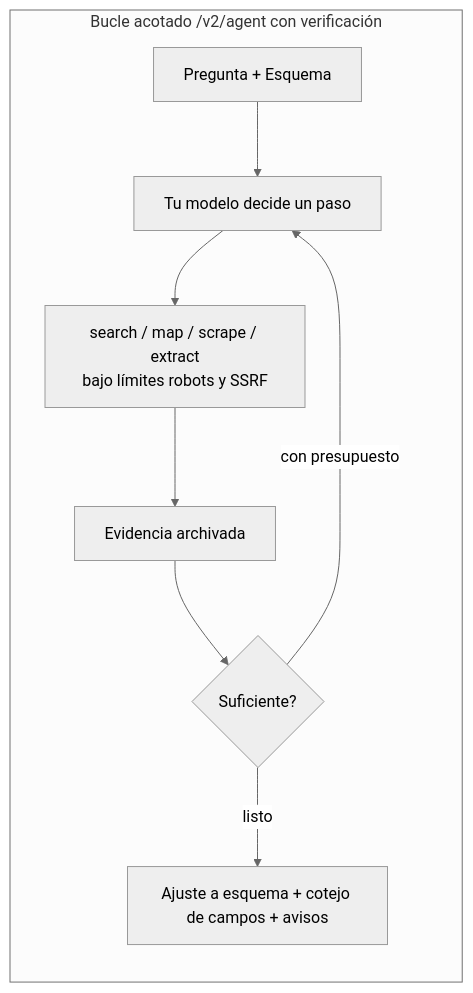
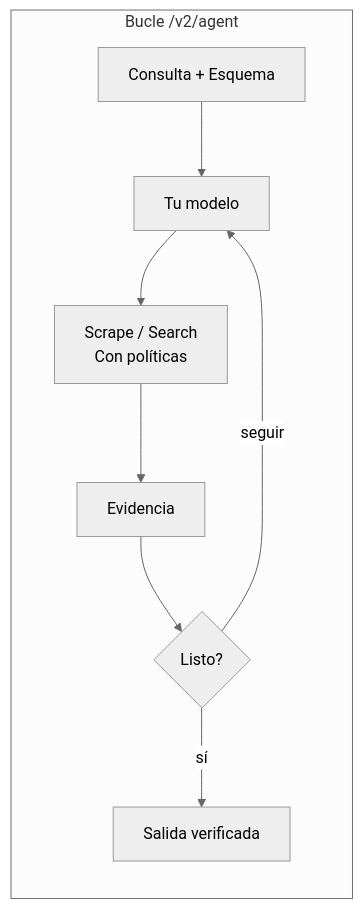
One commit to YOLOW92/pagesift changed the third of 4 diagrams in docs/README.es.md. Above: the diagram before and after it, drawn with Mermaid (neutral theme). The commit also changed other lines of this file and 104 other files, not shown here.

````diff
--- a/docs/README.es.md
+++ b/docs/README.es.md
@@ -197,11 +180,11 @@
 ```mermaid
 flowchart LR
-    subgraph Agent["Bucle acotado /v2/agent con verificación"]
-        Q[Pregunta + Esquema] --> M[Tu modelo decide un paso]
-        M --> T[search / map / scrape / extract<br/>bajo límites robots y SSRF]
-        T --> Ev[Evidencia archivada]
-        Ev --> Check{Suficiente?}
-        Check -->|con presupuesto| M
-        Check -->|listo| Verify[Ajuste a esquema + cotejo de campos + avisos]
+    subgraph Agent["Bucle /v2/agent"]
+        Q["Consulta + Esquema"] --> M["Tu modelo"]
+        M --> T["Scrape / Search<br/>Con políticas"]
+        T --> Ev["Evidencia"]
+        Ev --> Check{"Listo?"}
+        Check -->|seguir| M
+        Check -->|sí| Verify["Salida verificada"]
     end
 ```
````
